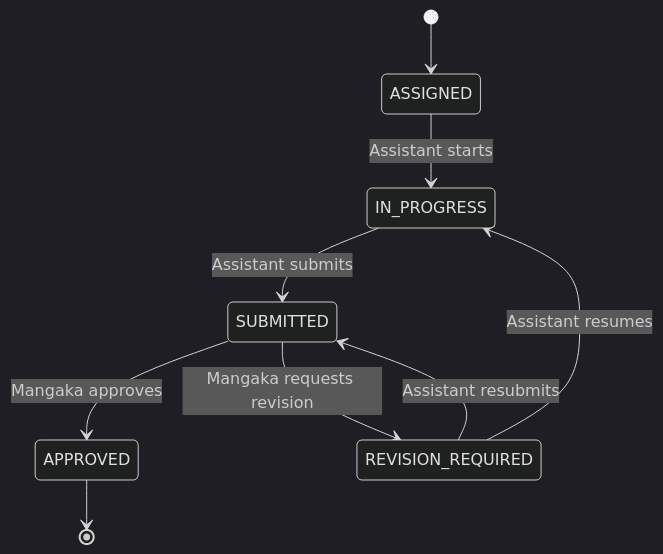
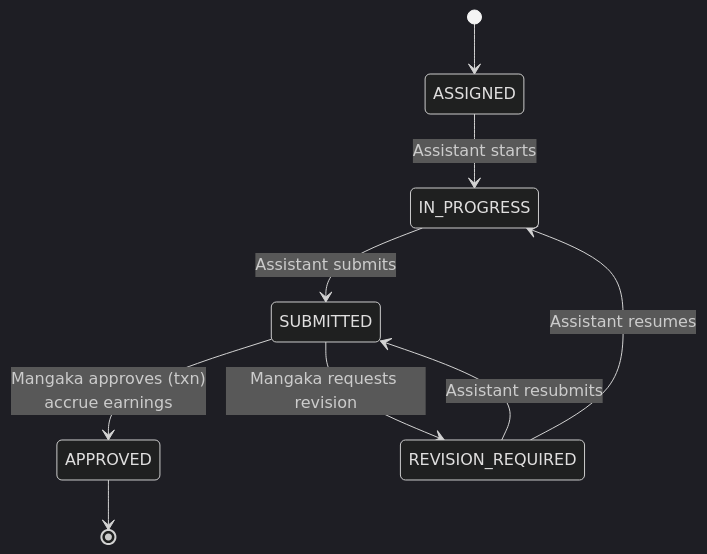
Before and after one commit to zun3007/Manga-Creation-Workflow-and-Publishing-Management-System: the fifth of 8 diagrams in documents/02-architecture/03-domain-model-and-state-machines.md, drawn with Mermaid (dark theme). The commit also changed other lines of this file and 20 other files, not shown here.

First line of the commit message:
docs: sync all documentation to current code + fix 11 diagram render bugs

````diff
--- a/documents/02-architecture/03-domain-model-and-state-machines.md
+++ b/documents/02-architecture/03-domain-model-and-state-machines.md
@@ -223,11 +223,11 @@
 ```mermaid
 stateDiagram-v2
     [*] --> ASSIGNED
     ASSIGNED --> IN_PROGRESS: Assistant starts
     IN_PROGRESS --> SUBMITTED: Assistant submits
-    SUBMITTED --> APPROVED: Mangaka approves
+    SUBMITTED --> APPROVED: Mangaka approves (txn)<br/>accrue earnings
     SUBMITTED --> REVISION_REQUIRED: Mangaka requests revision
     REVISION_REQUIRED --> IN_PROGRESS: Assistant resumes
     REVISION_REQUIRED --> SUBMITTED: Assistant resubmits
     APPROVED --> [*]
 ```
````
